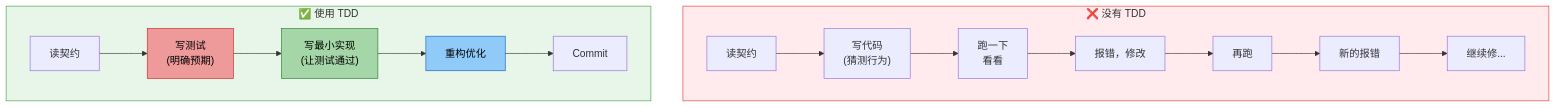
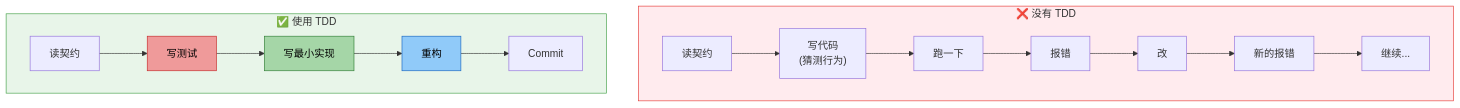
The ninth of 13 diagrams in docs/design-philosophy.md (strommmm/storms-claude-configuration), drawn with Mermaid before and after one commit. The commit also changed other lines of this file, not shown here.

````diff
--- a/docs/design-philosophy.md
+++ b/docs/design-philosophy.md
@@ -371,23 +308,23 @@
 ```mermaid
 graph TB
     subgraph no_tdd ["❌ 没有 TDD"]
         direction LR
-        n1["读契约"] --> n2["写代码<br/>(猜测行为)"] --> n3["跑一下<br/>看看"]
-        n3 --> n4["报错，修改"] --> n5["再跑"] --> n6["新的报错"] --> n7["继续修..."]
+        n1["读契约"] --> n2["写代码<br/>(猜测行为)"] --> n3["跑一下"]
+        n3 --> n4["报错"] --> n5["改"] --> n6["新的报错"] --> n7["继续..."]
     end
 
     subgraph with_tdd ["✅ 使用 TDD"]
         direction LR
-        t1["读契约"] --> t2["写测试<br/>(明确预期)"]:::red
-        t2 --> t3["写最小实现<br/>(让测试通过)"]:::tgreen
-        t3 --> t4["重构优化"]:::tblue
+        t1["读契约"] --> t2["写测试"]:::red
+        t2 --> t3["写最小实现"]:::tgreen
+        t3 --> t4["重构"]:::tblue
         t4 --> t5["Commit"]
     end
 
     style no_tdd fill:#FFEBEE,stroke:#E53935
     style with_tdd fill:#E8F5E9,stroke:#43A047
 
     classDef red fill:#EF9A9A,stroke:#C62828,color:#000
     classDef tgreen fill:#A5D6A7,stroke:#2E7D32,color:#000
     classDef tblue fill:#90CAF9,stroke:#1565C0,color:#000
 ```
````
